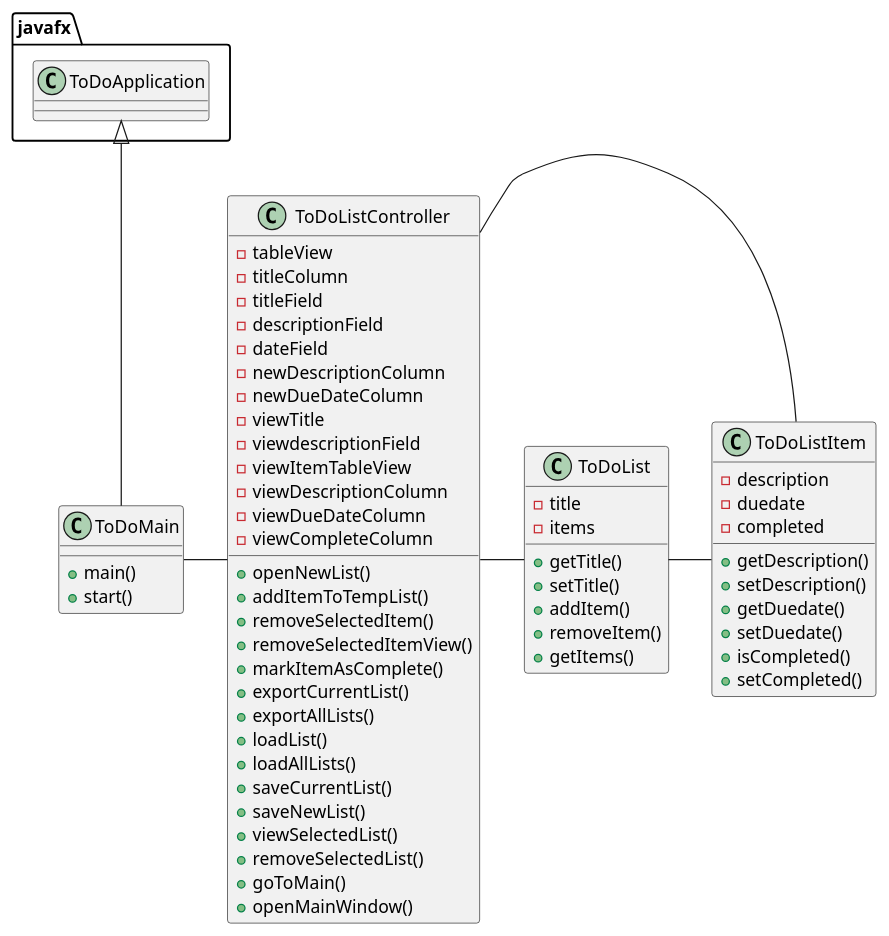
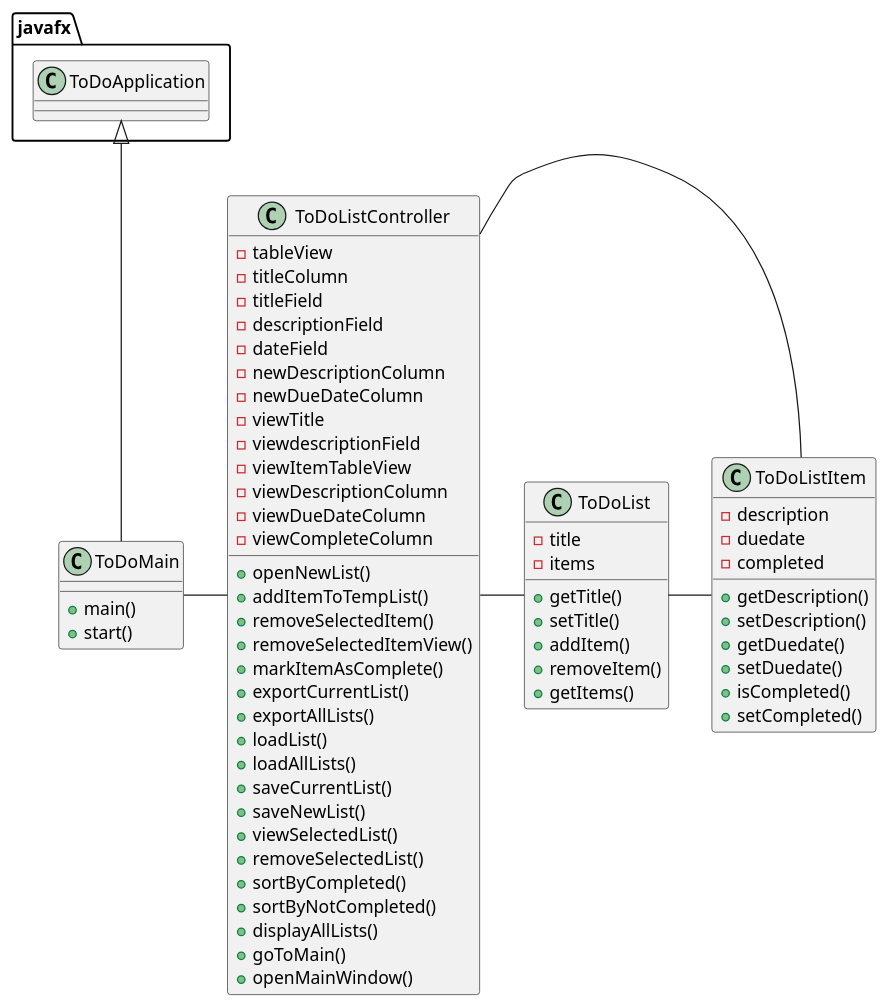
Before and after one commit to ColinMitchellGit/mitchell-cop3330-assignment4: the diagram in uml/ToDoClasses.puml, drawn with PlantUML.

```diff
--- a/uml/ToDoClasses.puml
+++ b/uml/ToDoClasses.puml
@@ -1,73 +1,76 @@
 @startuml
 
 class ToDoMain {
     + main()
     + start()
 }
 
 class ToDoListController {
     - tableView
     - titleColumn
     - titleField
     - descriptionField
     - dateField
     - newDescriptionColumn
     - newDueDateColumn
     - viewTitle
     - viewdescriptionField
     - viewItemTableView
     - viewDescriptionColumn
     - viewDueDateColumn
     - viewCompleteColumn
 
     + openNewList()
     + addItemToTempList()
     + removeSelectedItem()
     + removeSelectedItemView()
     + markItemAsComplete()
     + exportCurrentList()
     + exportAllLists()
     + loadList()
     + loadAllLists()
     + saveCurrentList()
     + saveNewList()
     + viewSelectedList()
     + removeSelectedList()
+    + sortByCompleted()
+    + sortByNotCompleted()
+    + displayAllLists()
     + goToMain()
     + openMainWindow()
 }
 
 class ToDoList {
     - title
     - items
 
     + getTitle()
     + setTitle()
     + addItem()
     + removeItem()
     + getItems()
 }
 
 class ToDoListItem {
     - description
     - duedate
     - completed
 
     + getDescription()
     + setDescription()
     + getDuedate()
     + setDuedate()
     + isCompleted()
     + setCompleted()
 }
 
 javafx.ToDoApplication <|-- ToDoMain
 
 ToDoMain - ToDoListController
 
 ToDoListController - ToDoList
 
 ToDoListItem - ToDoListController
 ToDoList - ToDoListItem
 
 @enduml
```
